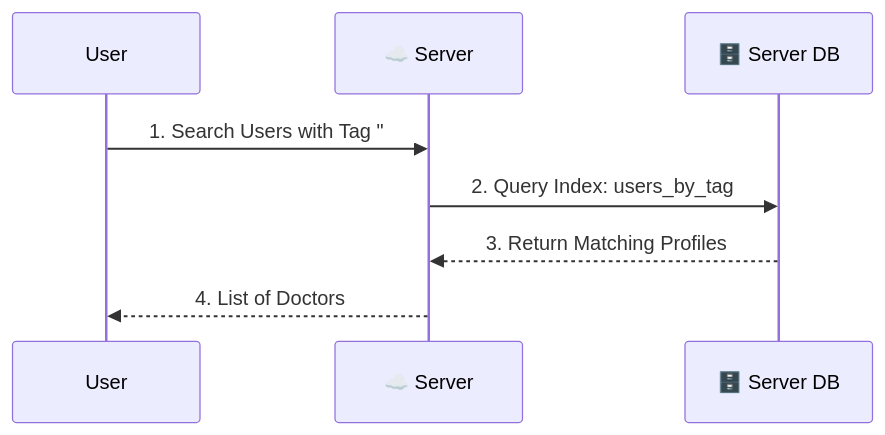
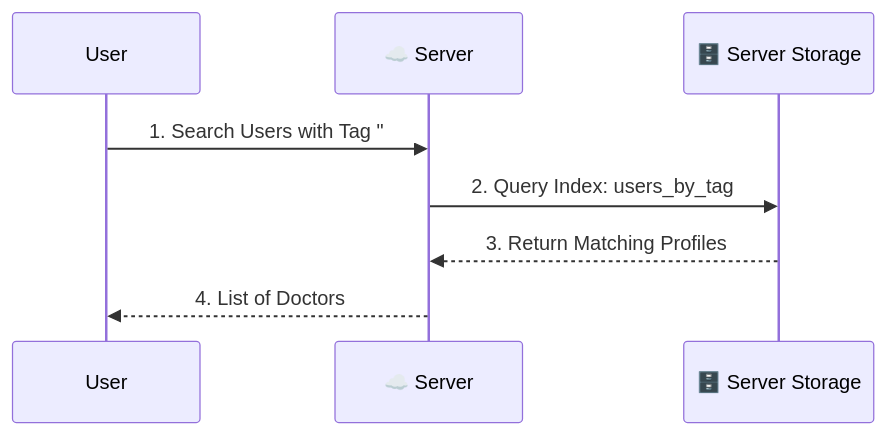
One commit to sameerctinfotech/temp-share changed diagram 17 of 18 in use_case.md. Above: the diagram before and after it, drawn with Mermaid. The commit also changed other lines of this file, not shown here.

````diff
--- a/use_case.md
+++ b/use_case.md
@@ -357,11 +357,11 @@
 ```mermaid
 sequenceDiagram
     participant User
     participant Server as ☁️ Server
-    participant SDB as 🗄️ Server DB
+    participant SS as 🗄️ Server Storage
 
     User->>Server: 1. Search Users with Tag "#Doctor"
-    Server->>SDB: 2. Query Index: users_by_tag
-    SDB-->>Server: 3. Return Matching Profiles
+    Server->>SS: 2. Query Index: users_by_tag
+    SS-->>Server: 3. Return Matching Profiles
     Server-->>User: 4. List of Doctors
 ```
````
